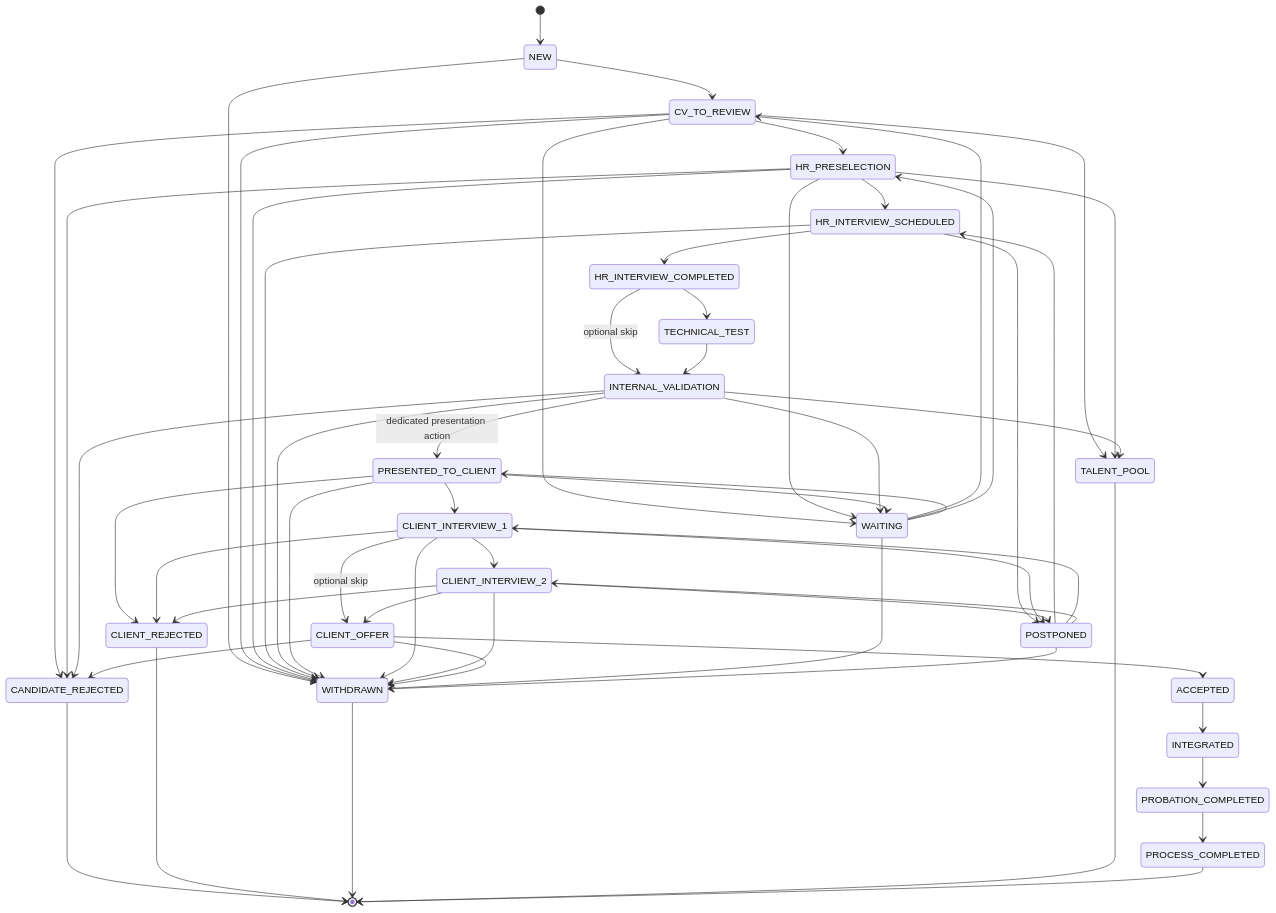
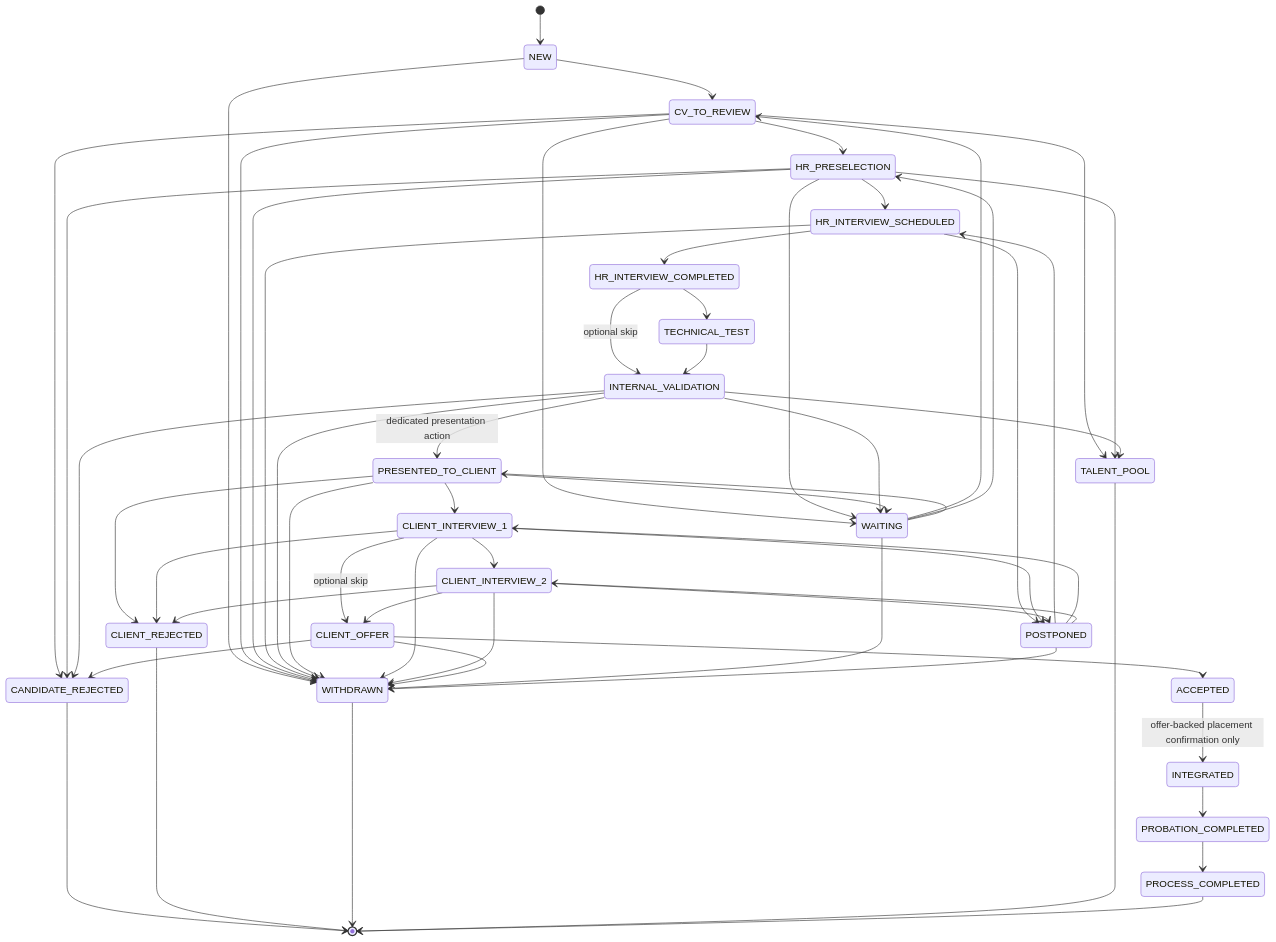
The fourth of 11 diagrams in docs/workflows.md (cyberdr1ft3r/hire-me-platform), drawn with Mermaid before and after one commit. The commit also changed other lines of this file and 14 other files, not shown here.

````diff
--- a/docs/workflows.md
+++ b/docs/workflows.md
@@ -152,59 +153,59 @@
 ```mermaid
 stateDiagram-v2
     [*] --> NEW
     NEW --> CV_TO_REVIEW
     NEW --> WITHDRAWN
     CV_TO_REVIEW --> HR_PRESELECTION
     CV_TO_REVIEW --> WAITING
     CV_TO_REVIEW --> CANDIDATE_REJECTED
     CV_TO_REVIEW --> WITHDRAWN
     CV_TO_REVIEW --> TALENT_POOL
     HR_PRESELECTION --> HR_INTERVIEW_SCHEDULED
     HR_PRESELECTION --> WAITING
     HR_PRESELECTION --> CANDIDATE_REJECTED
     HR_PRESELECTION --> WITHDRAWN
     HR_PRESELECTION --> TALENT_POOL
     HR_INTERVIEW_SCHEDULED --> HR_INTERVIEW_COMPLETED
     HR_INTERVIEW_SCHEDULED --> POSTPONED
     HR_INTERVIEW_SCHEDULED --> WITHDRAWN
     HR_INTERVIEW_COMPLETED --> TECHNICAL_TEST
     HR_INTERVIEW_COMPLETED --> INTERNAL_VALIDATION: optional skip
     TECHNICAL_TEST --> INTERNAL_VALIDATION
     INTERNAL_VALIDATION --> PRESENTED_TO_CLIENT: dedicated presentation action
     INTERNAL_VALIDATION --> WAITING
     INTERNAL_VALIDATION --> CANDIDATE_REJECTED
     INTERNAL_VALIDATION --> WITHDRAWN
     INTERNAL_VALIDATION --> TALENT_POOL
     PRESENTED_TO_CLIENT --> CLIENT_INTERVIEW_1
     PRESENTED_TO_CLIENT --> WAITING
     PRESENTED_TO_CLIENT --> CLIENT_REJECTED
     PRESENTED_TO_CLIENT --> WITHDRAWN
     CLIENT_INTERVIEW_1 --> CLIENT_INTERVIEW_2
     CLIENT_INTERVIEW_1 --> CLIENT_OFFER: optional skip
     CLIENT_INTERVIEW_1 --> POSTPONED
     CLIENT_INTERVIEW_1 --> CLIENT_REJECTED
     CLIENT_INTERVIEW_1 --> WITHDRAWN
     CLIENT_INTERVIEW_2 --> CLIENT_OFFER
     CLIENT_INTERVIEW_2 --> POSTPONED
     CLIENT_INTERVIEW_2 --> CLIENT_REJECTED
     CLIENT_INTERVIEW_2 --> WITHDRAWN
     CLIENT_OFFER --> ACCEPTED
     CLIENT_OFFER --> CANDIDATE_REJECTED
     CLIENT_OFFER --> WITHDRAWN
-    ACCEPTED --> INTEGRATED
+    ACCEPTED --> INTEGRATED: offer-backed placement confirmation only
     INTEGRATED --> PROBATION_COMPLETED
     PROBATION_COMPLETED --> PROCESS_COMPLETED
     WAITING --> CV_TO_REVIEW
     WAITING --> HR_PRESELECTION
     WAITING --> PRESENTED_TO_CLIENT
     WAITING --> WITHDRAWN
     POSTPONED --> HR_INTERVIEW_SCHEDULED
     POSTPONED --> CLIENT_INTERVIEW_1
     POSTPONED --> CLIENT_INTERVIEW_2
     POSTPONED --> WITHDRAWN
     CANDIDATE_REJECTED --> [*]
     CLIENT_REJECTED --> [*]
     WITHDRAWN --> [*]
     TALENT_POOL --> [*]
     PROCESS_COMPLETED --> [*]
 ```
````
